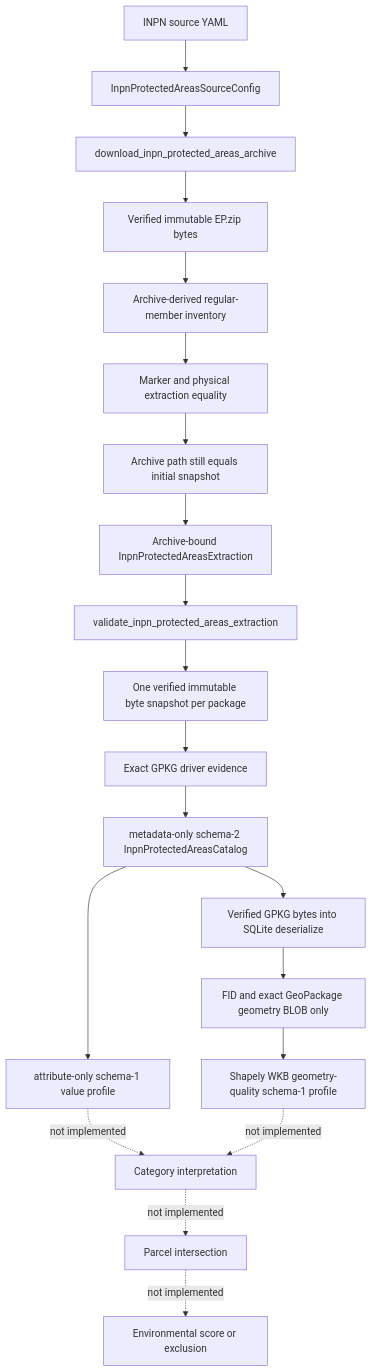
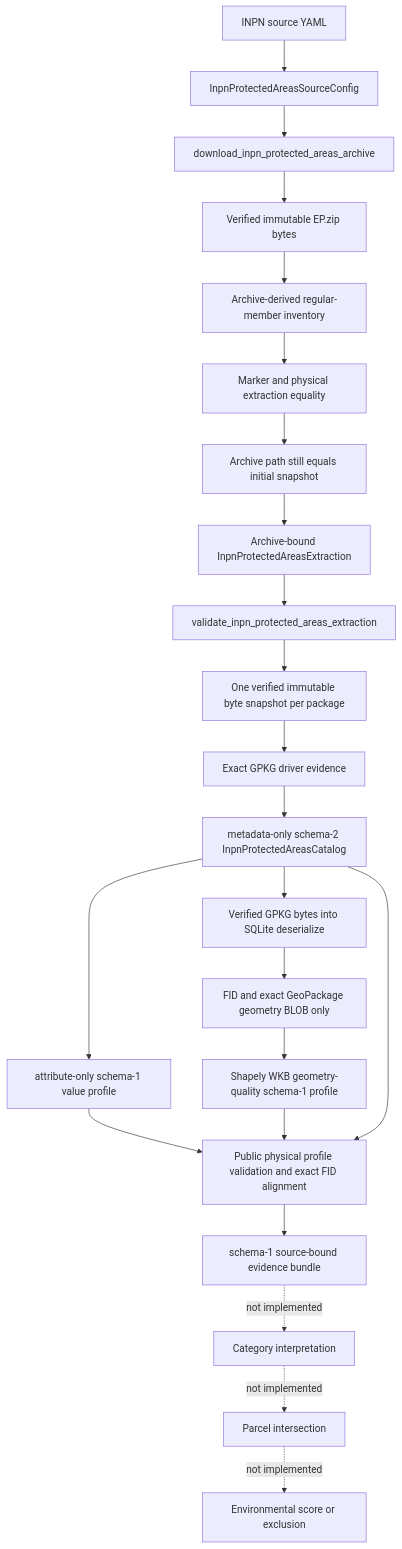
Before and after one commit to hmsouhaib/landscout-ai: the diagram in docs/code/ENVIRONMENT_PIPELINE.md, drawn with Mermaid. The commit also changed other lines of this file and 13 other files, not shown here.

Commit message:
feat: assemble aligned INPN source evidence

````diff
--- a/docs/code/ENVIRONMENT_PIPELINE.md
+++ b/docs/code/ENVIRONMENT_PIPELINE.md
@@ -7,22 +7,25 @@
 ```mermaid
 flowchart TD
     Yaml[INPN source YAML] --> Config[InpnProtectedAreasSourceConfig]
     Config --> Download[download_inpn_protected_areas_archive]
     Download --> Bytes[Verified immutable EP.zip bytes]
     Bytes --> Members[Archive-derived regular-member inventory]
     Members --> Extract[Marker and physical extraction equality]
     Extract --> ArchivePostcondition[Archive path still equals initial snapshot]
     ArchivePostcondition --> Inventory[Archive-bound InpnProtectedAreasExtraction]
     Inventory --> Revalidate[validate_inpn_protected_areas_extraction]
     Revalidate --> PackageBytes[One verified immutable byte snapshot per package]
     PackageBytes --> Driver[Exact GPKG driver evidence]
     Driver --> Catalog[metadata-only schema-2 InpnProtectedAreasCatalog]
     Catalog --> Attributes[attribute-only schema-1 value profile]
     Catalog --> SQLite[Verified GPKG bytes into SQLite deserialize]
     SQLite --> Blobs[FID and exact GeoPackage geometry BLOB only]
     Blobs --> Geometry[Shapely WKB geometry-quality schema-1 profile]
-    Attributes -. not implemented .-> Semantics[Category interpretation]
-    Geometry -. not implemented .-> Semantics
+    Attributes --> Alignment[Public physical profile validation and exact FID alignment]
+    Geometry --> Alignment
+    Catalog --> Alignment
+    Alignment --> Bundle[schema-1 source-bound evidence bundle]
+    Bundle -. not implemented .-> Semantics[Category interpretation]
     Semantics -. not implemented .-> Overlay[Parcel intersection]
     Overlay -. not implemented .-> Decision[Environmental score or exclusion]
 ```
````
